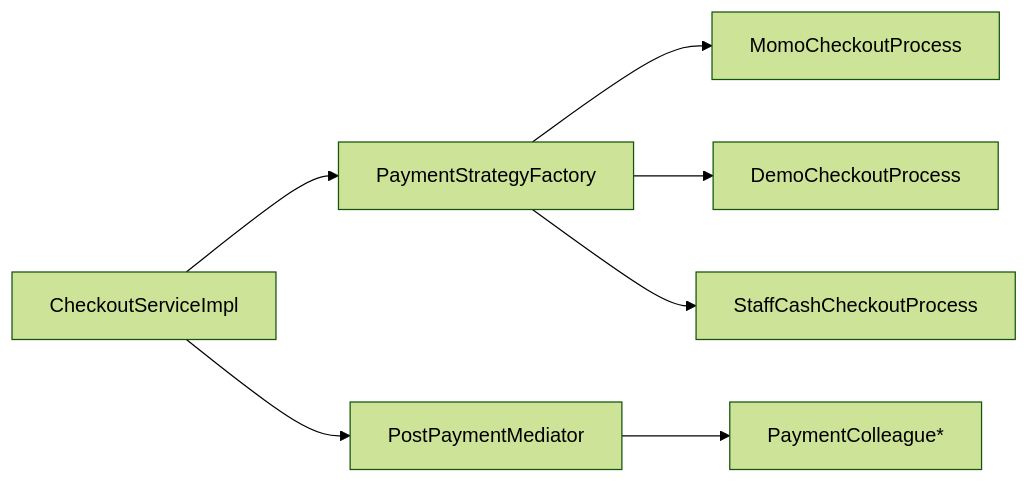
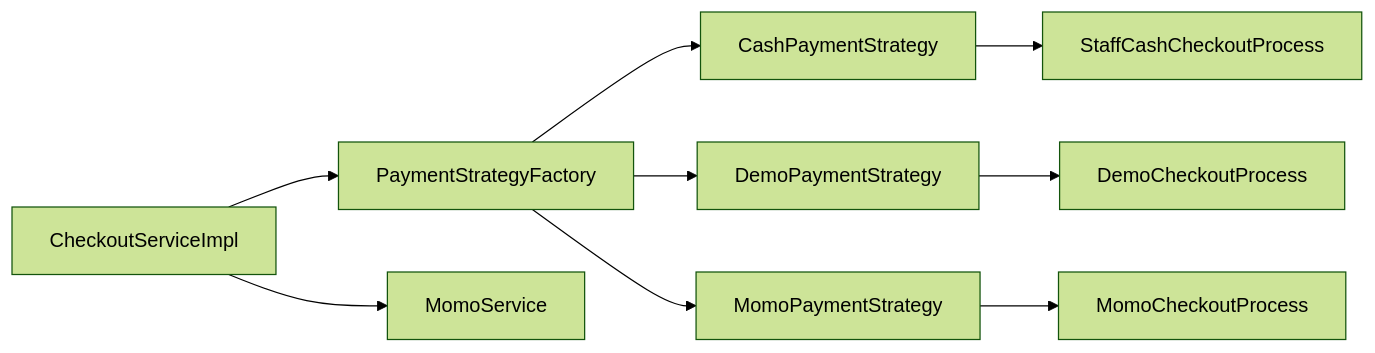
One commit to anhtudayne/Design_Pattern changed the ninth of 9 diagrams in .qoder/repowiki/en/content/Backend Development/Service Layer Implementation/Core Business Services/Checkout Service.md. Above: the diagram before and after it, drawn with Mermaid (forest theme). The commit also changed other lines of this file and 10 other files, not shown here.

````diff
--- a/.qoder/repowiki/en/content/Backend Development/Service Layer Implementation/Core Business Services/Checkout Service.md
+++ b/.qoder/repowiki/en/content/Backend Development/Service Layer Implementation/Core Business Services/Checkout Service.md
@@ -396,9 +358,11 @@
 ```mermaid
 graph LR
 CS["CheckoutServiceImpl"] --> PSF["PaymentStrategyFactory"]
-PSF --> MM["MomoCheckoutProcess"]
-PSF --> DM["DemoCheckoutProcess"]
-PSF --> SC["StaffCashCheckoutProcess"]
-CS --> MED["PostPaymentMediator"]
-MED --> COL["PaymentColleague*"]
+PSF --> CASH["CashPaymentStrategy"]
+PSF --> DEMO["DemoPaymentStrategy"]
+PSF --> MOMO["MomoPaymentStrategy"]
+CASH --> SC["StaffCashCheckoutProcess"]
+DEMO --> DM["DemoCheckoutProcess"]
+MOMO --> MM["MomoCheckoutProcess"]
+CS --> MS["MomoService"]
 ```
````
